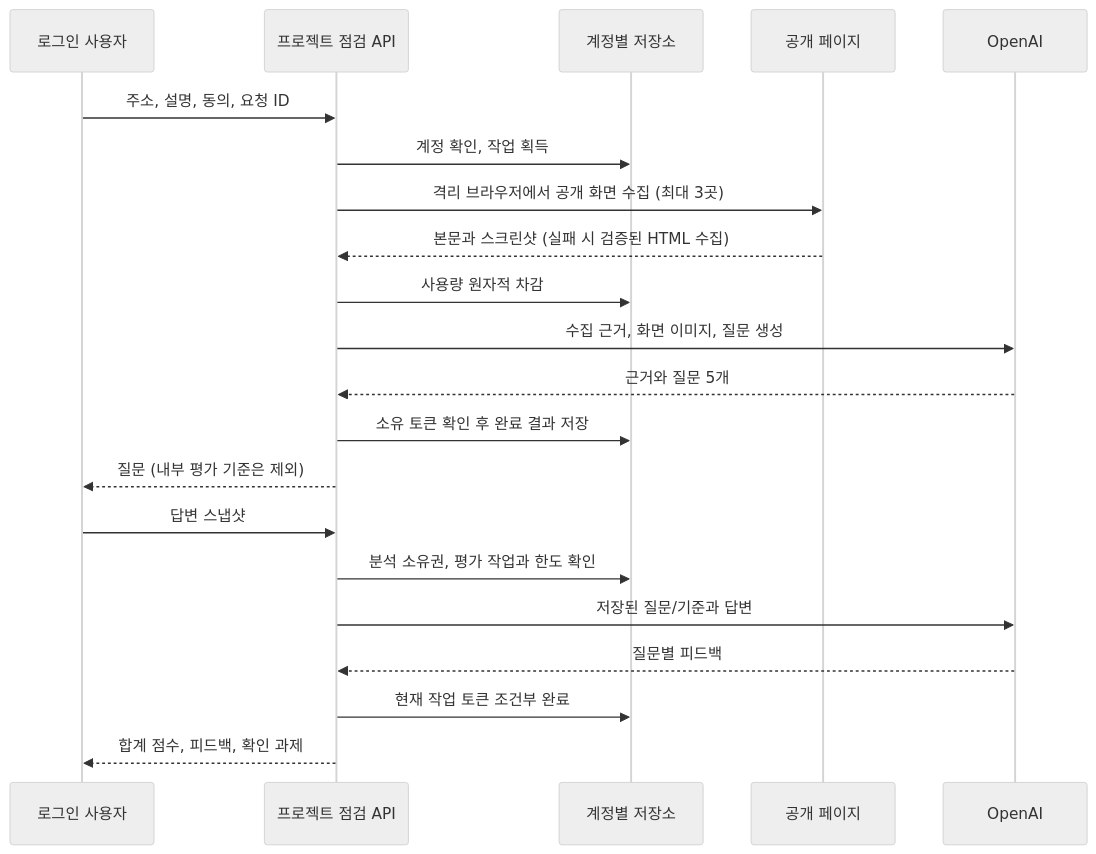
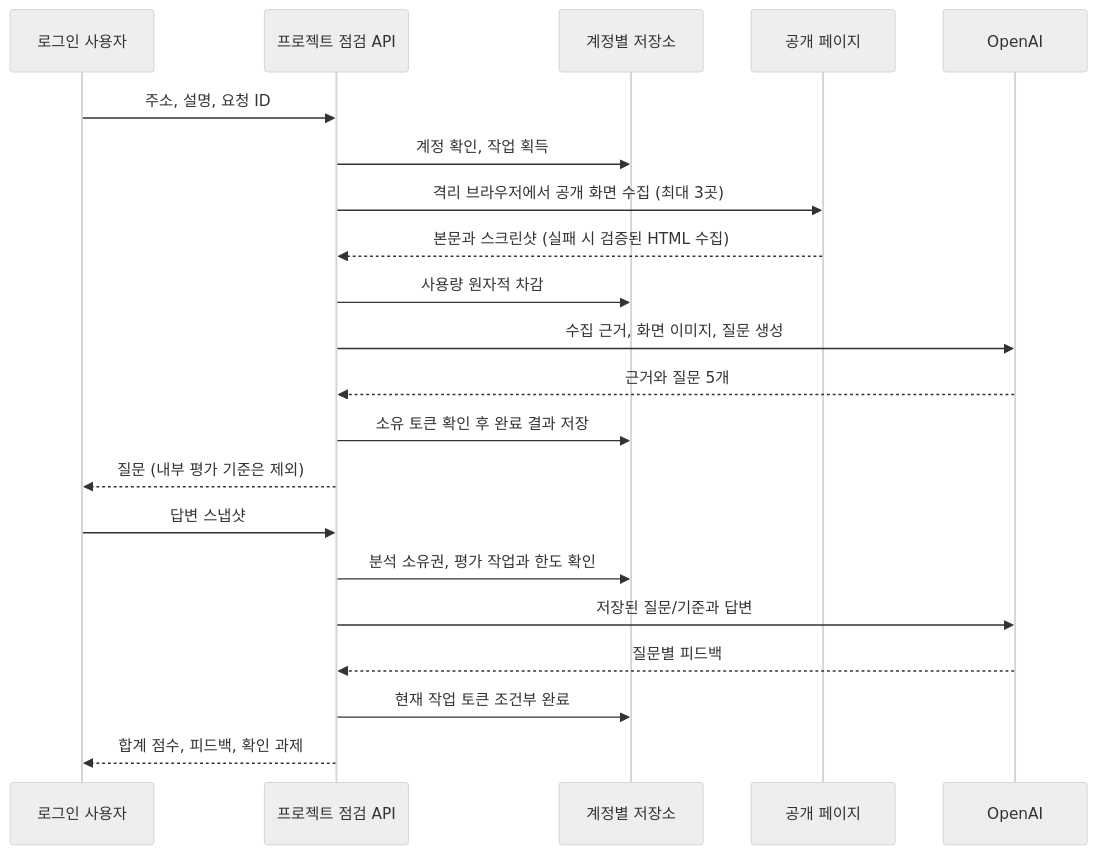
One commit to kwakhyun/codefit changed the diagram in docs/project-check.md. Above: the diagram before and after it, drawn with Mermaid (neutral theme). The commit also changed other lines of this file and 95 other files, not shown here.

````diff
--- a/docs/project-check.md
+++ b/docs/project-check.md
@@ -45,23 +45,23 @@
 ```mermaid
 sequenceDiagram
   participant U as 로그인 사용자
   participant API as 프로젝트 점검 API
   participant DB as 계정별 저장소
   participant WEB as 공개 페이지
   participant AI as OpenAI
-  U->>API: 주소, 설명, 동의, 요청 ID
+  U->>API: 주소, 설명, 요청 ID
   API->>DB: 계정 확인, 작업 획득
   API->>WEB: 격리 브라우저에서 공개 화면 수집 (최대 3곳)
   WEB-->>API: 본문과 스크린샷 (실패 시 검증된 HTML 수집)
   API->>DB: 사용량 원자적 차감
   API->>AI: 수집 근거, 화면 이미지, 질문 생성
   AI-->>API: 근거와 질문 5개
   API->>DB: 소유 토큰 확인 후 완료 결과 저장
   API-->>U: 질문 (내부 평가 기준은 제외)
   U->>API: 답변 스냅샷
   API->>DB: 분석 소유권, 평가 작업과 한도 확인
   API->>AI: 저장된 질문/기준과 답변
   AI-->>API: 질문별 피드백
   API->>DB: 현재 작업 토큰 조건부 완료
   API-->>U: 합계 점수, 피드백, 확인 과제
 ```
````
